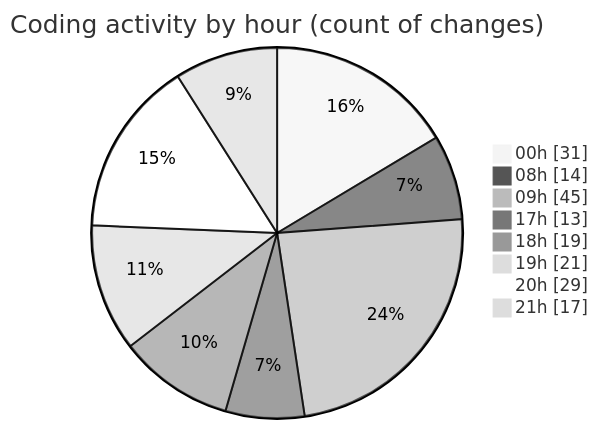
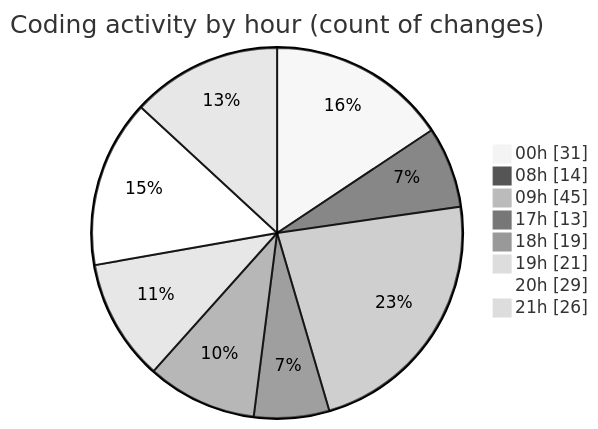
One commit to lephambinh05/code-tracking changed the second of 2 diagrams in 2025-08-03/studybuddy/README.md. Above: the diagram before and after it, drawn with Mermaid (neutral theme). The commit also changed other lines of this file and 1 other file, not shown here.

````diff
--- a/2025-08-03/studybuddy/README.md
+++ b/2025-08-03/studybuddy/README.md
@@ -97,12 +99,12 @@
 ```mermaid
 pie showData
 title Coding activity by hour (count of changes)
 "00h" : 31
 "08h" : 14
 "09h" : 45
 "17h" : 13
 "18h" : 19
 "19h" : 21
 "20h" : 29
-"21h" : 17
+"21h" : 26
 ```
````
